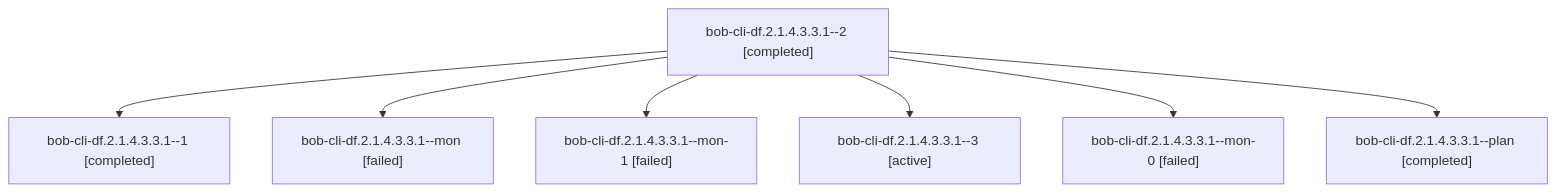
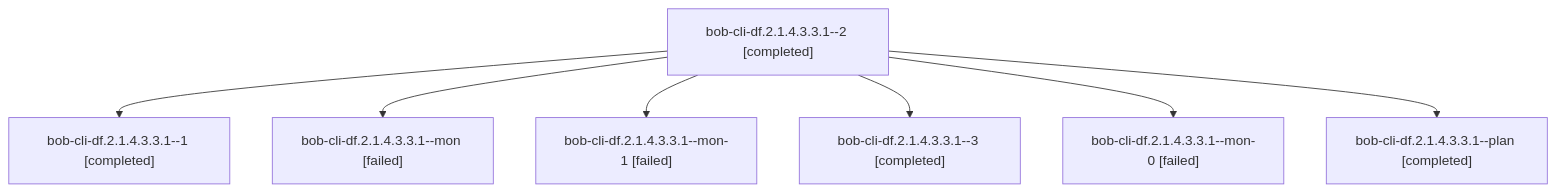
The diagram in sessions/bbugyi200.athena.bob-cli-df.2.1.4.3.3.1.md (bobs-org/bob-cli--agents), drawn with Mermaid before and after one commit. The commit also changed other lines of this file and 127 other files, not shown here.

````diff
--- a/sessions/bbugyi200.athena.bob-cli-df.2.1.4.3.3.1.md
+++ b/sessions/bbugyi200.athena.bob-cli-df.2.1.4.3.3.1.md
@@ -9,16 +9,16 @@
 ```mermaid
 flowchart TD
   n0["bob-cli-df.2.1.4.3.3.1--2 [completed]"]
   n1["bob-cli-df.2.1.4.3.3.1--1 [completed]"]
   n0 --> n1
   n2["bob-cli-df.2.1.4.3.3.1--mon [failed]"]
   n0 --> n2
   n3["bob-cli-df.2.1.4.3.3.1--mon-1 [failed]"]
   n0 --> n3
-  n4["bob-cli-df.2.1.4.3.3.1--3 [active]"]
+  n4["bob-cli-df.2.1.4.3.3.1--3 [completed]"]
   n0 --> n4
   n5["bob-cli-df.2.1.4.3.3.1--mon-0 [failed]"]
   n0 --> n5
   n6["bob-cli-df.2.1.4.3.3.1--plan [completed]"]
   n0 --> n6
 ```
````
